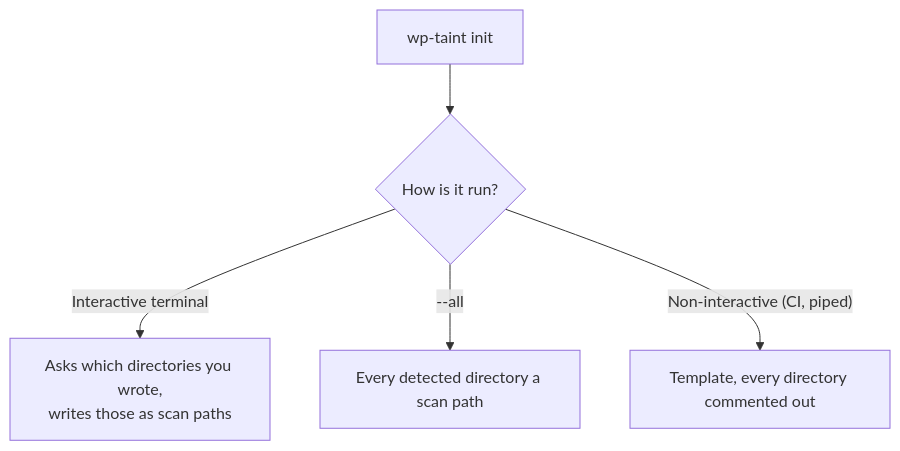
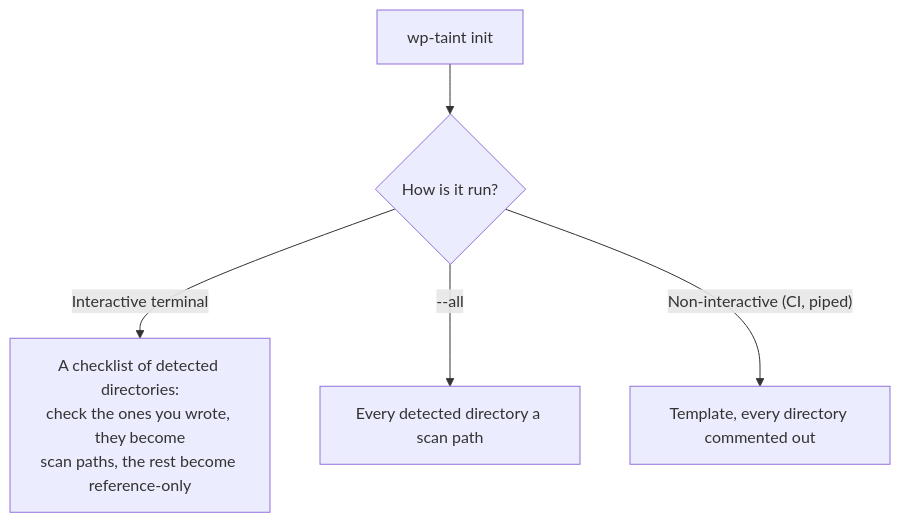
The diagram in docs/getting-started.md (darylldoyle/wp-taint), drawn with Mermaid before and after one commit. The commit also changed 6 other files, not shown here.

````diff
--- a/docs/getting-started.md
+++ b/docs/getting-started.md
@@ -22,7 +22,7 @@
 ```mermaid
 flowchart TD
     A["wp-taint init"] --> B{How is it run?}
-    B -->|Interactive terminal| C["Asks which directories you wrote,<br>writes those as scan paths"]
+    B -->|Interactive terminal| C["A checklist of detected directories:<br>check the ones you wrote, they become<br>scan paths, the rest become reference-only"]
     B -->|"--all"| D["Every detected directory a scan path"]
     B -->|"Non-interactive (CI, piped)"| E["Template, every directory commented out"]
 ```
````
